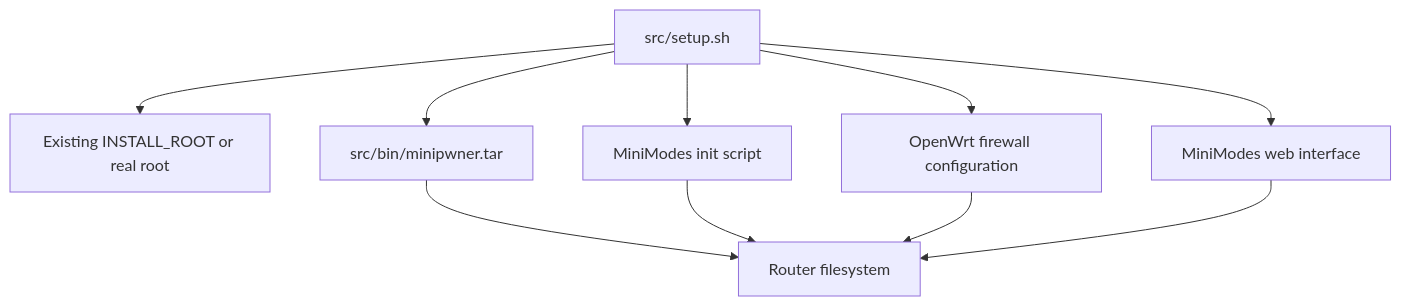
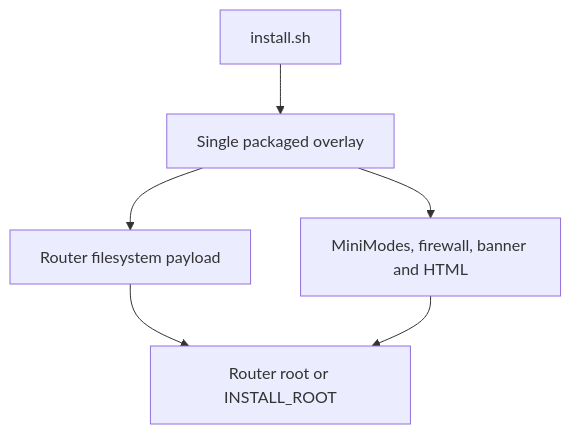
Before and after one commit to nicholasadamou/minipwner: the diagram in docs/architecture.md, drawn with Mermaid. The commit also changed other lines of this file and 32 other files, not shown here.

````diff
--- a/docs/architecture.md
+++ b/docs/architecture.md
@@ -5,12 +7,8 @@
 ```mermaid
 flowchart TD
-  Setup[src/setup.sh] --> Root[Existing INSTALL_ROOT or real root]
-  Setup --> Archive[src/bin/minipwner.tar]
-  Setup --> Init[MiniModes init script]
-  Setup --> Firewall[OpenWrt firewall configuration]
-  Setup --> Web[MiniModes web interface]
-  Archive --> Router[Router filesystem]
-  Init --> Router
-  Firewall --> Router
-  Web --> Router
+    Installer[install.sh] --> Package[Single packaged overlay]
+    Package --> Payload[Router filesystem payload]
+    Package --> Config[MiniModes, firewall, banner and HTML]
+    Payload --> Root[Router root or INSTALL_ROOT]
+    Config --> Root
 ```
````
